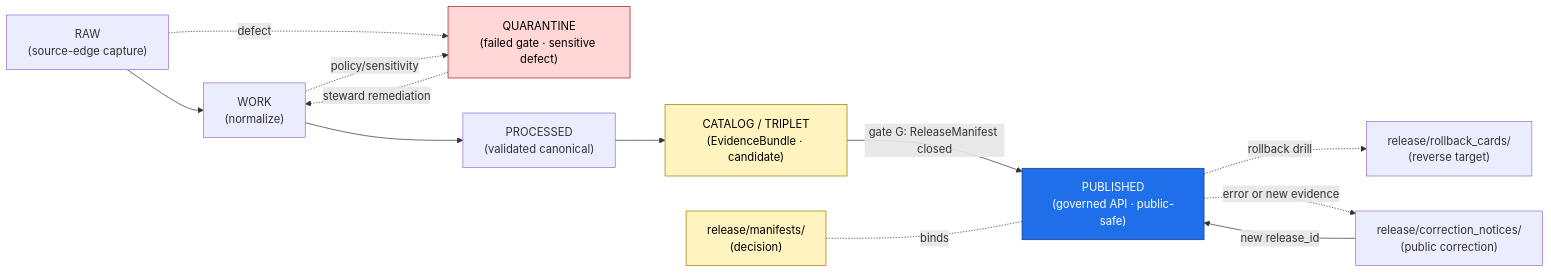
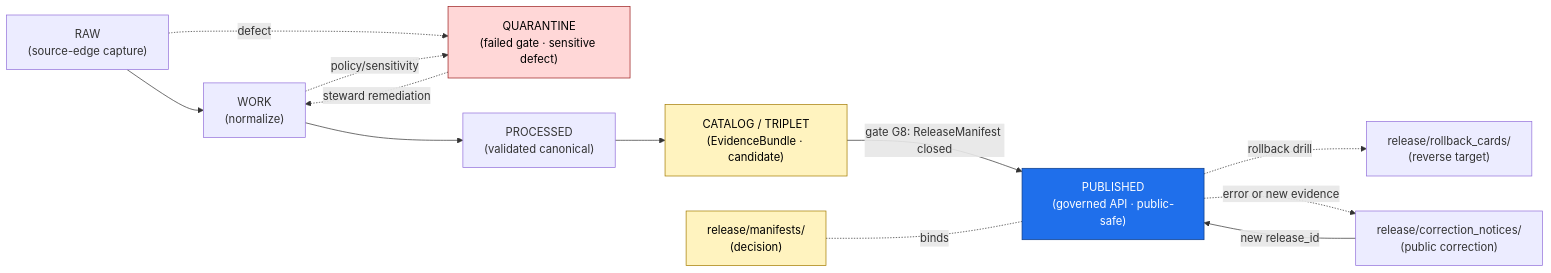
The diagram in docs/domains/fauna/RELEASE_INDEX.md (bartytime4life/Kansas-Frontier-Matrix), drawn with Mermaid before and after one commit. The commit also changed other lines of this file, not shown here.

````diff
--- a/docs/domains/fauna/RELEASE_INDEX.md
+++ b/docs/domains/fauna/RELEASE_INDEX.md
@@ -168,31 +184,31 @@
 ```mermaid
 flowchart LR
     RAW["RAW<br/>(source-edge capture)"]
     WORK["WORK<br/>(normalize)"]
     QUAR["QUARANTINE<br/>(failed gate · sensitive defect)"]
     PROC["PROCESSED<br/>(validated canonical)"]
     CAT["CATALOG / TRIPLET<br/>(EvidenceBundle · candidate)"]
     PUB["PUBLISHED<br/>(governed API · public-safe)"]
     REL["release/manifests/<br/>(decision)"]
     ROLL["release/rollback_cards/<br/>(reverse target)"]
     CORR["release/correction_notices/<br/>(public correction)"]
 
     RAW --> WORK
     RAW -. defect .-> QUAR
     WORK --> PROC
     WORK -. policy/sensitivity .-> QUAR
     PROC --> CAT
-    CAT -->|gate G: ReleaseManifest closed| PUB
+    CAT -->|gate G8: ReleaseManifest closed| PUB
     QUAR -. steward remediation .-> WORK
     PUB -.->|rollback drill| ROLL
     PUB -.->|error or new evidence| CORR
     CORR -->|new release_id| PUB
     REL -.binds.- PUB
 
     classDef public fill:#1f6feb,stroke:#0b3a85,color:#fff
     classDef gated fill:#fff3bf,stroke:#a37b00,color:#000
     classDef deny fill:#ffd7d7,stroke:#9b1d1d,color:#000
     class PUB public
     class CAT,REL gated
     class QUAR deny
 ```
````
